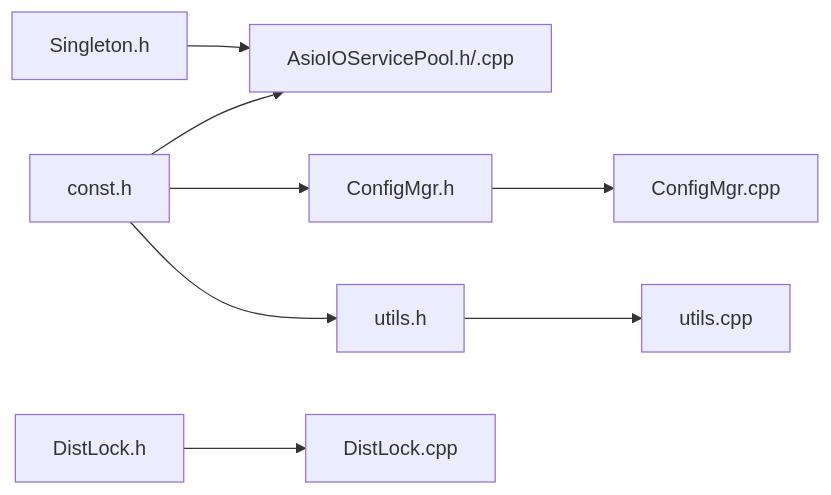
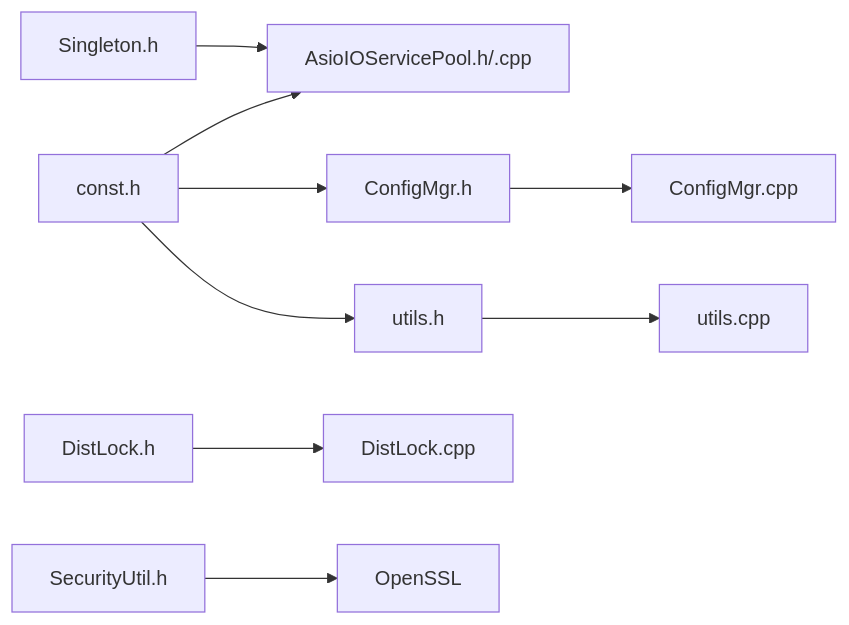
The ninth of 9 diagrams in .qoder/repowiki/zh/content/服务端开发/通用组件和工具/通用组件和工具.md (echo9923/mychatter), drawn with Mermaid before and after one commit. The commit also changed other lines of this file and 107 other files, not shown here.

````diff
--- a/.qoder/repowiki/zh/content/服务端开发/通用组件和工具/通用组件和工具.md
+++ b/.qoder/repowiki/zh/content/服务端开发/通用组件和工具/通用组件和工具.md
@@ -340,10 +376,11 @@
 ```mermaid
 graph LR
 Singleton["Singleton.h"] --> AsioPool["AsioIOServicePool.h/.cpp"]
 ConfigH["ConfigMgr.h"] --> ConfigCpp["ConfigMgr.cpp"]
 UtilsH["utils.h"] --> UtilsCpp["utils.cpp"]
 Const["const.h"] --> AsioPool
 Const --> ConfigH
 Const --> UtilsH
 DistLockH["DistLock.h"] --> DistLockCpp["DistLock.cpp"]
+SecurityH["SecurityUtil.h"] --> OpenSSL["OpenSSL"]
 ```
````
